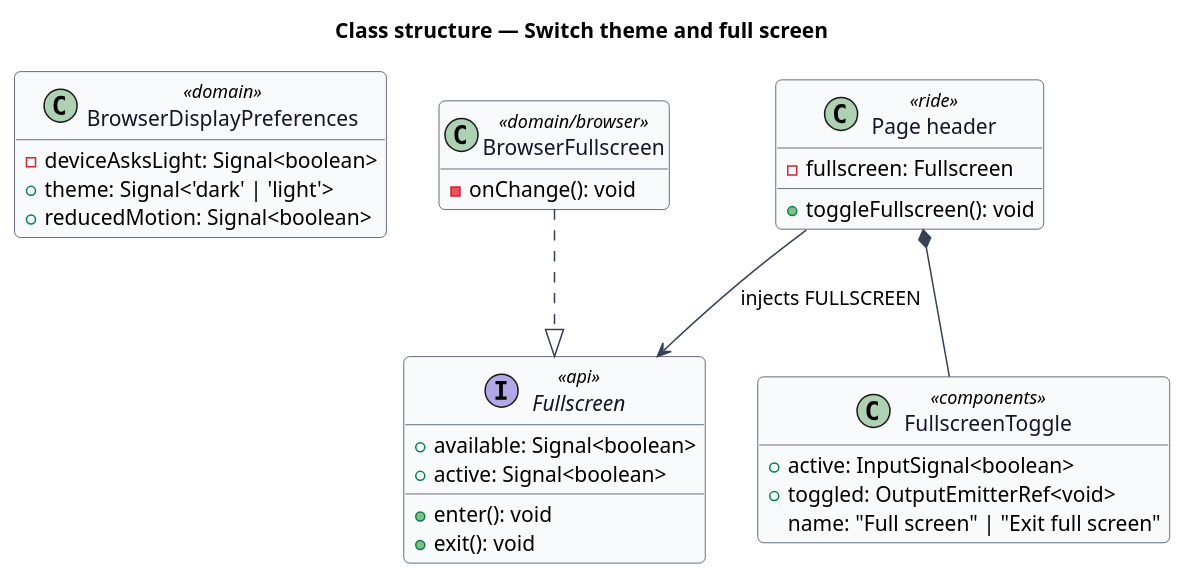
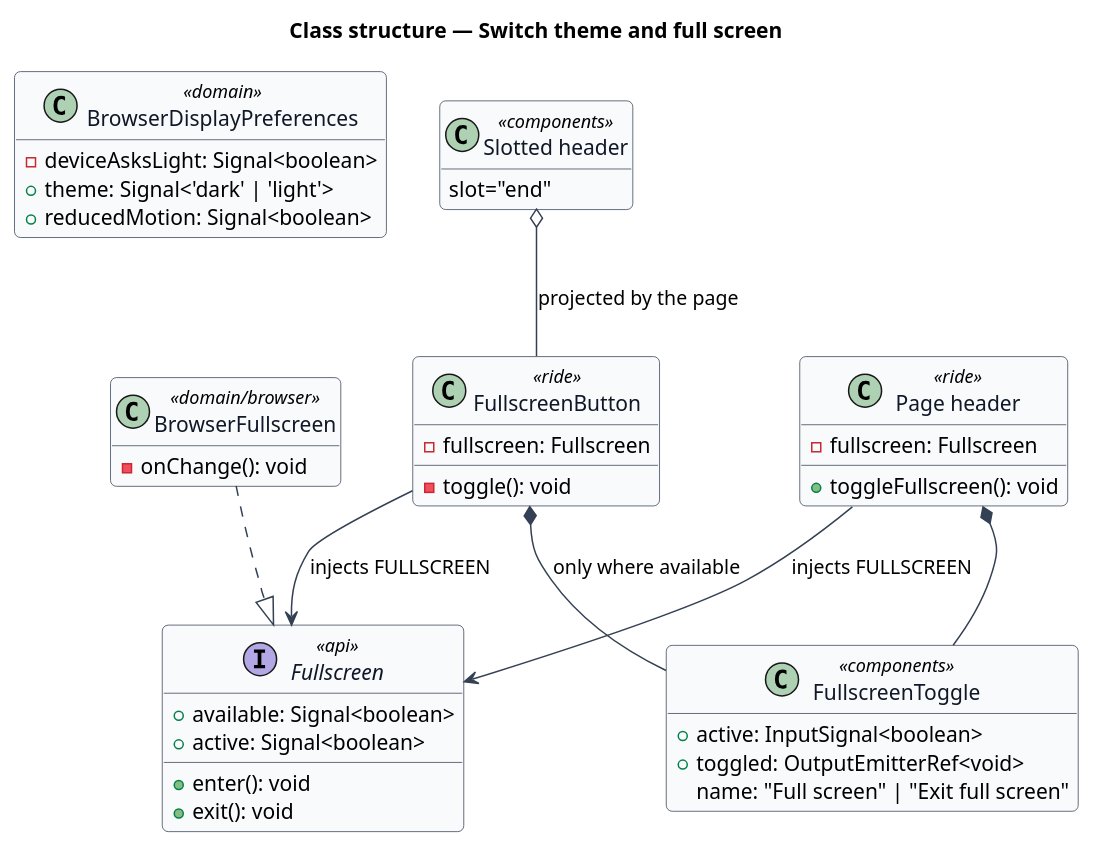
The diagram in docs/detailed-designs/ui/switch-theme-and-full-screen/diagrams/class-structure.puml (QuinntyneBrown/wattzup), drawn with PlantUML before and after one commit. The commit also changed 2 other files, not shown here.

```diff
--- a/docs/detailed-designs/ui/switch-theme-and-full-screen/diagrams/class-structure.puml
+++ b/docs/detailed-designs/ui/switch-theme-and-full-screen/diagrams/class-structure.puml
@@ -1,43 +1,53 @@
 @startuml
 ' --- shared skin header ---
 skinparam backgroundColor #FFFFFF
 skinparam shadowing false
 skinparam roundcorner 8
 skinparam defaultFontName Arial
 skinparam ArrowColor #344054
 skinparam class {
   BorderColor #344054
   FontColor #101828
   BackgroundColor #F9FAFB
 }
 ' --------------------------
 title Class structure — Switch theme and full screen
 hide empty members
 
 class BrowserDisplayPreferences <<domain>> {
   -deviceAsksLight: Signal<boolean>
   +theme: Signal<'dark' | 'light'>
   +reducedMotion: Signal<boolean>
 }
 interface Fullscreen <<api>> {
   +available: Signal<boolean>
   +active: Signal<boolean>
   +enter(): void
   +exit(): void
 }
 class BrowserFullscreen <<domain/browser>> {
   -onChange(): void
 }
 class FullscreenToggle <<components>> {
   +active: InputSignal<boolean>
   +toggled: OutputEmitterRef<void>
   name: "Full screen" | "Exit full screen"
 }
 class "Page header" as Header <<ride>> {
   -fullscreen: Fullscreen
   +toggleFullscreen(): void
 }
+class FullscreenButton <<ride>> {
+  -fullscreen: Fullscreen
+  -toggle(): void
+}
+class "Slotted header" as Slotted <<components>> {
+  slot="end"
+}
 BrowserFullscreen ..|> Fullscreen
 Header --> Fullscreen : injects FULLSCREEN
 Header *-- FullscreenToggle
+FullscreenButton --> Fullscreen : injects FULLSCREEN
+FullscreenButton *-- FullscreenToggle : only where available
+Slotted o-- FullscreenButton : projected by the page
 @enduml
```
